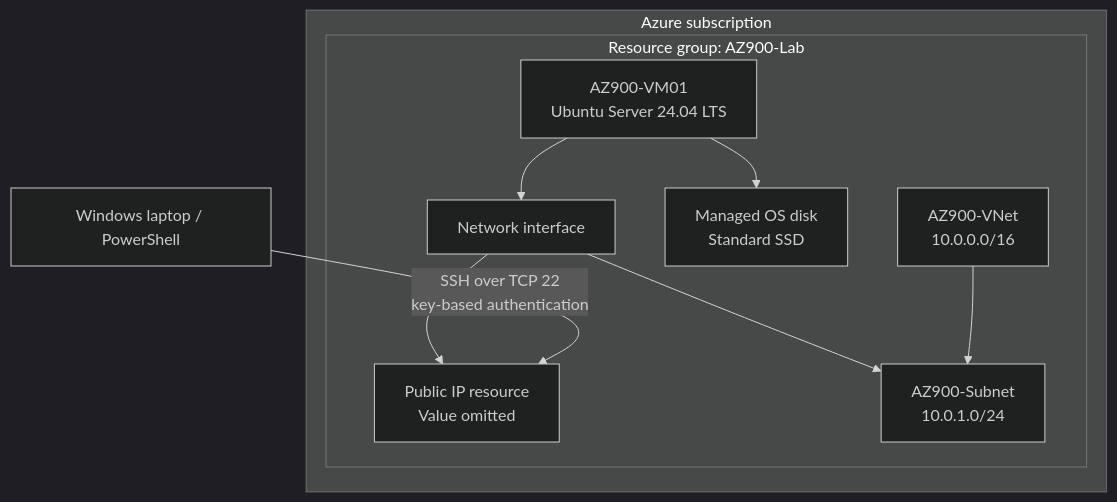
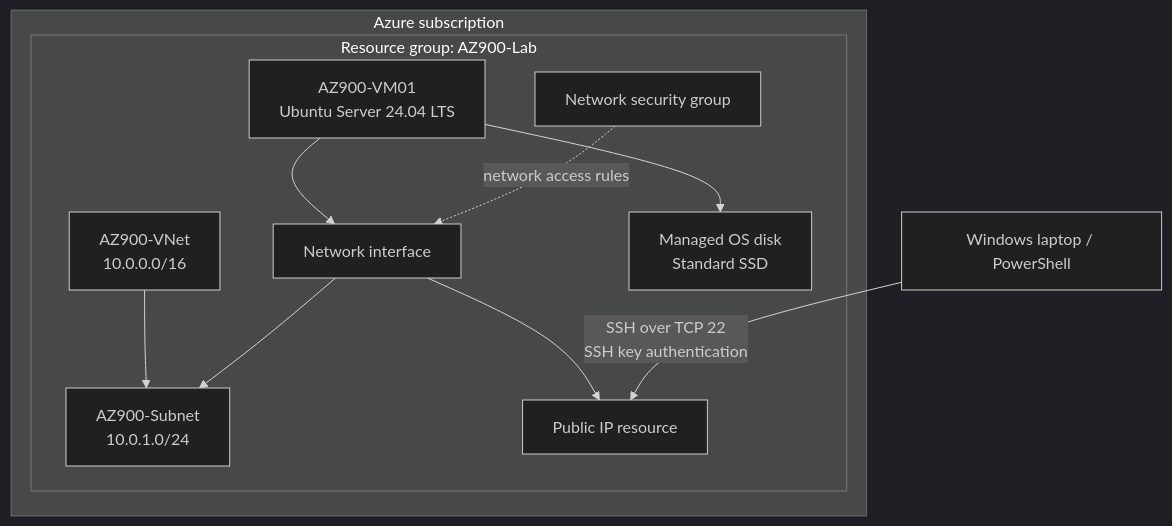
One commit to Cian-code/azure-vm-networking-lab changed the diagram in docs/architecture.md. Above: the diagram before and after it, drawn with Mermaid (dark theme). The commit also changed other lines of this file, not shown here.

Commit message:
Refine lab architecture documentation

````diff
--- a/docs/architecture.md
+++ b/docs/architecture.md
@@ -5,20 +5,14 @@
 ```mermaid
 flowchart TB
-  subgraph SUB[Azure subscription]
-    subgraph RG[Resource group: AZ900-Lab]
-      VM[AZ900-VM01<br/>Ubuntu Server 24.04 LTS]
-      NIC[Network interface]
-      DISK[Managed OS disk<br/>Standard SSD]
-      PIP[Public IP resource<br/>Value omitted]
-      VNET[AZ900-VNet<br/>10.0.0.0/16]
-      SUBNET[AZ900-Subnet<br/>10.0.1.0/24]
-      VM --> NIC
-      VM --> DISK
+  subgraph SUB["Azure subscription"]
+    subgraph RG["Resource group: AZ900-Lab"]
+      VNET["AZ900-VNet<br/>10.0.0.0/16"] --> SUBNET["AZ900-Subnet<br/>10.0.1.0/24"]
+      VM["AZ900-VM01<br/>Ubuntu Server 24.04 LTS"] --> NIC["Network interface"]
+      VM --> DISK["Managed OS disk<br/>Standard SSD"]
       NIC --> SUBNET
-      NIC --> PIP
-      VNET --> SUBNET
+      NIC --> PIP["Public IP resource"]
+      NSG["Network security group"] -. "network access rules" .-> NIC
     end
   end
-  LAPTOP[Windows laptop / PowerShell]
-  LAPTOP -->|SSH over TCP 22<br/>key-based authentication| PIP
+  LAPTOP["Windows laptop / PowerShell"] -->|"SSH over TCP 22<br/>SSH key authentication"| PIP
 ```
````
